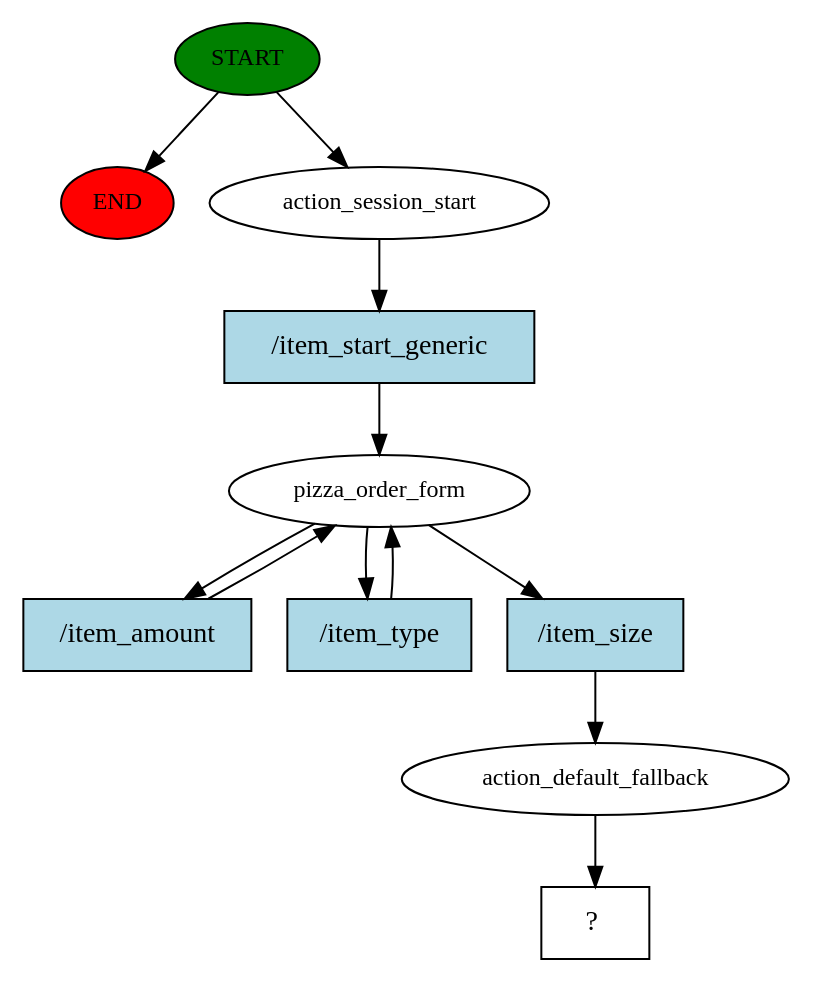
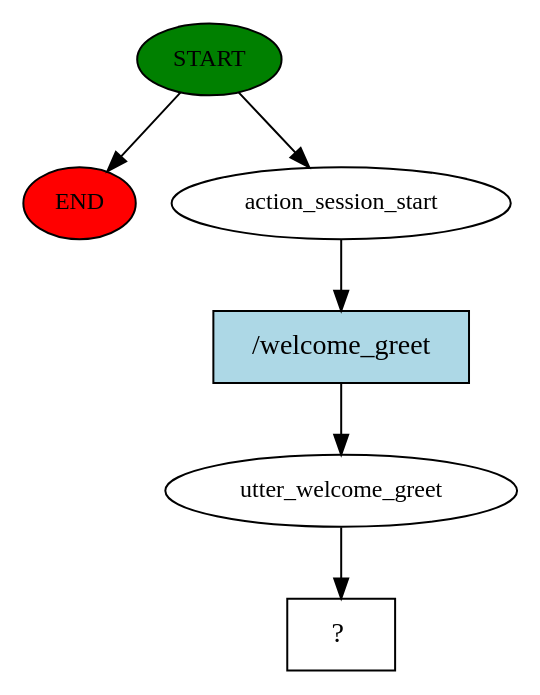
The diagram in story_graph.dot (ericsua/PizzaBot), drawn with Graphviz before and after one commit. The commit also changed 5 other files, not shown here.

```diff
--- a/story_graph.dot
+++ b/story_graph.dot
@@ -1,23 +1,13 @@
 digraph  {
 0 [class="start active", fillcolor=green, fontsize=12, label=START, style=filled];
 "-1" [class=end, fillcolor=red, fontsize=12, label=END, style=filled];
 1 [class=active, fontsize=12, label=action_session_start];
-2 [class=active, fontsize=12, label=pizza_order_form];
-5 [class=active, fontsize=12, label=action_default_fallback];
-6 [class="intent dashed active", label="  ?  ", shape=rect];
-7 [class="intent active", fillcolor=lightblue, label="/item_start_generic", shape=rect, style=filled];
-8 [class="intent active", fillcolor=lightblue, label="/item_amount", shape=rect, style=filled];
-9 [class="intent active", fillcolor=lightblue, label="/item_type", shape=rect, style=filled];
-10 [class="intent active", fillcolor=lightblue, label="/item_size", shape=rect, style=filled];
+2 [class=active, fontsize=12, label=utter_welcome_greet];
+3 [class="intent dashed active", label="  ?  ", shape=rect];
+4 [class="intent active", fillcolor=lightblue, label="/welcome_greet", shape=rect, style=filled];
 0 -> "-1"  [class="", key=NONE, label=""];
 0 -> 1  [class=active, key=NONE, label=""];
-1 -> 7  [class=active, key=0];
-2 -> 8  [class=active, key=0];
-2 -> 9  [class=active, key=0];
-2 -> 10  [class=active, key=0];
-5 -> 6  [class=active, key=NONE, label=""];
-7 -> 2  [class=active, key=0];
-8 -> 2  [class=active, key=0];
-9 -> 2  [class=active, key=0];
-10 -> 5  [class=active, key=0];
+1 -> 4  [class=active, key=0];
+2 -> 3  [class=active, key=NONE, label=""];
+4 -> 2  [class=active, key=0];
 }
```
